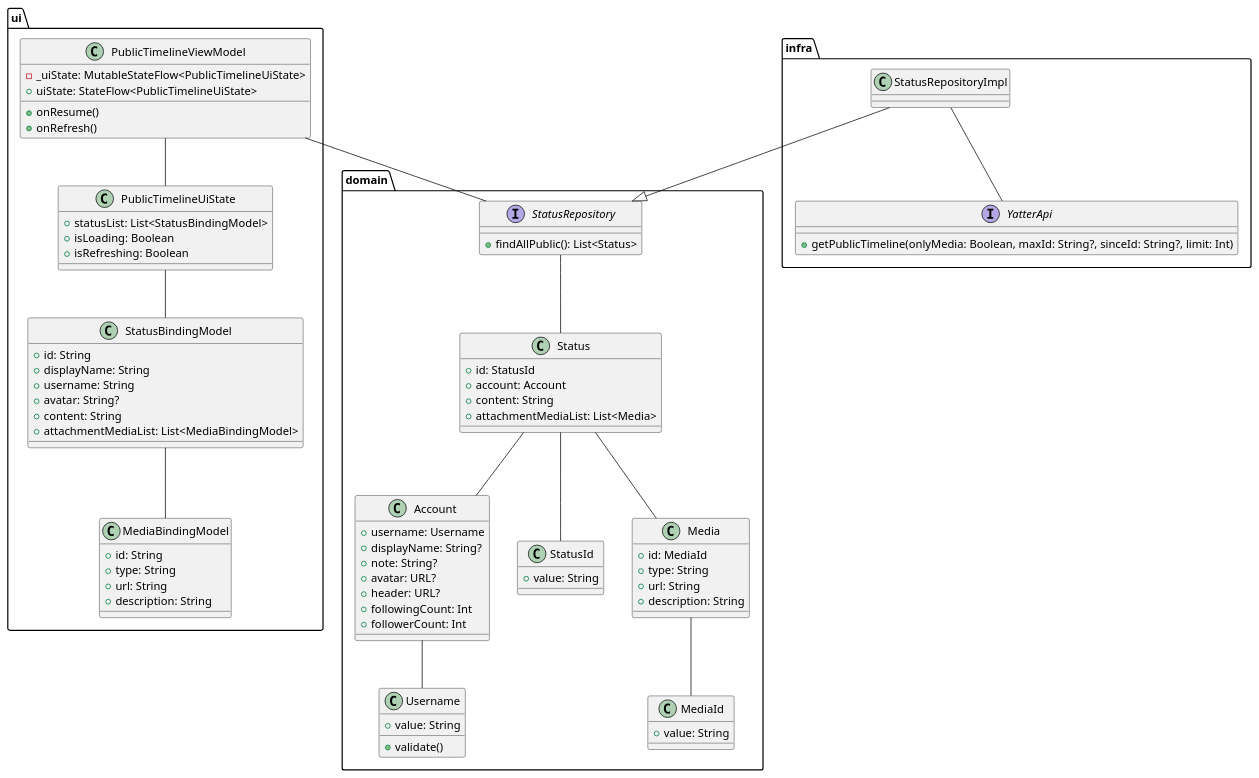
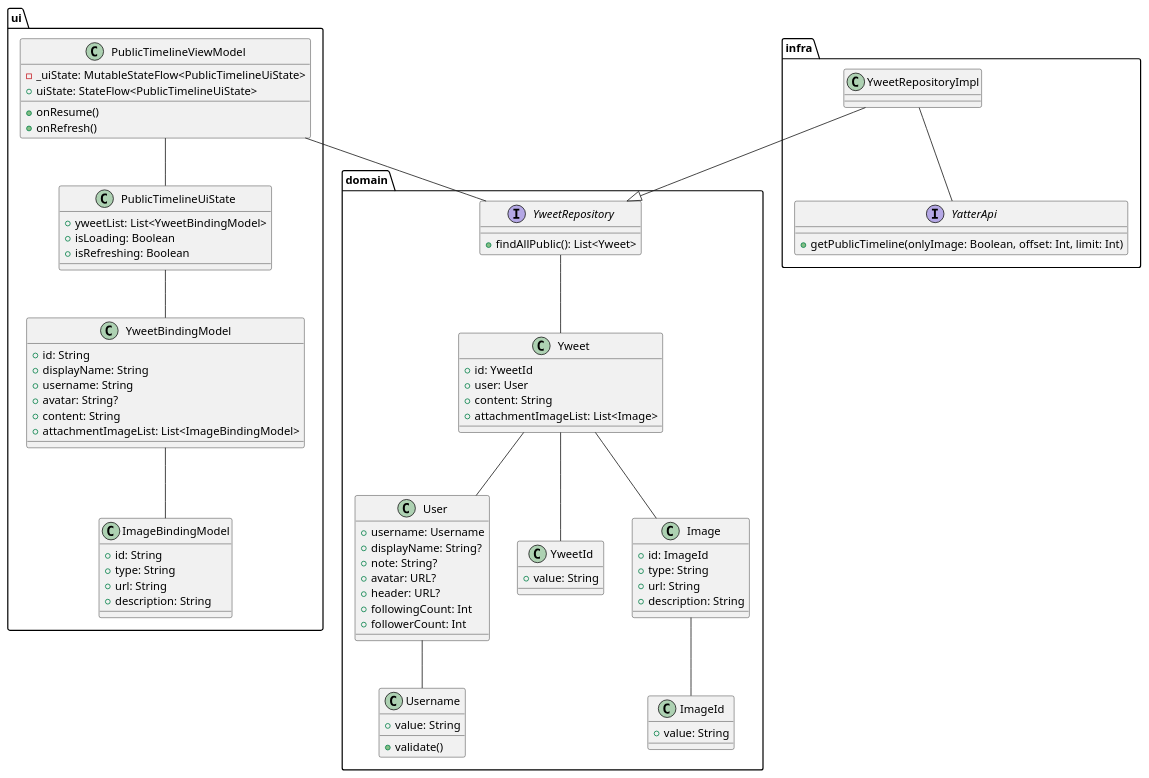
Before and after one commit to suzukibelltree/Yatter2025-Internship: the diagram in Yatter/uml/public_timeline.puml, drawn with PlantUML.

Commit message:
publicTimeLineのpuml変更

```diff
--- a/Yatter/uml/public_timeline.puml
+++ b/Yatter/uml/public_timeline.puml
@@ -1,105 +1,105 @@
 @startuml
 
 package ui {
 class PublicTimelineViewModel {
   - _uiState: MutableStateFlow<PublicTimelineUiState>
   + uiState: StateFlow<PublicTimelineUiState>
   + onResume()
   + onRefresh()
 }
 
 class PublicTimelineUiState {
-  + statusList: List<StatusBindingModel>
+  + yweetList: List<YweetBindingModel>
   + isLoading: Boolean
   + isRefreshing: Boolean
 }
 
-class StatusBindingModel {
+class YweetBindingModel {
   + id: String
   + displayName: String
   + username: String
   + avatar: String?
   + content: String
-  + attachmentMediaList: List<MediaBindingModel>
+  + attachmentImageList: List<ImageBindingModel>
 }
 
-class MediaBindingModel {
+class ImageBindingModel {
   + id: String
   + type: String
   + url: String
   + description: String
 
 }
 
 }
 
 package domain {
 
-class Account {
+class User {
   + username: Username
   + displayName: String?
   + note: String?
   + avatar: URL?
   + header: URL?
   + followingCount: Int
   + followerCount: Int
 }
 
-class Status {
-  + id: StatusId
-  + account: Account
+class Yweet {
+  + id: YweetId
+  + user: User
   + content: String
-  + attachmentMediaList: List<Media>
+  + attachmentImageList: List<Image>
 }
 
-class StatusId {
+class YweetId {
   + value: String
 }
 
-class Media {
-  + id: MediaId
+class Image {
+  + id: ImageId
   + type: String
   + url: String
   + description: String
 }
 
-class MediaId {
+class ImageId {
   + value: String
 }
 
 class Username {
   + value: String
   + validate()
 }
 
-interface StatusRepository {
-  + findAllPublic(): List<Status>
+interface YweetRepository {
+  + findAllPublic(): List<Yweet>
 }
 
 }
 
 package infra {
-class StatusRepositoryImpl {
+class YweetRepositoryImpl {
 }
 
 interface YatterApi {
-  + getPublicTimeline(onlyMedia: Boolean, maxId: String?, sinceId: String?, limit: Int)
+  + getPublicTimeline(onlyImage: Boolean, offset: Int, limit: Int)
 }
 }
 
-StatusRepositoryImpl -- YatterApi
-StatusRepositoryImpl --|> StatusRepository
+YweetRepositoryImpl -- YatterApi
+YweetRepositoryImpl --|> YweetRepository
 
-PublicTimelineViewModel -- StatusRepository
+PublicTimelineViewModel -- YweetRepository
 PublicTimelineViewModel -- PublicTimelineUiState
-PublicTimelineUiState -- StatusBindingModel
-StatusBindingModel -- MediaBindingModel
+PublicTimelineUiState -- YweetBindingModel
+YweetBindingModel -- ImageBindingModel
 
-StatusRepository -- Status
-Status -- StatusId
-Status -- Account
-Status -- Media
-Media -- MediaId
-Account -- Username
+YweetRepository -- Yweet
+Yweet -- YweetId
+Yweet -- User
+Yweet -- Image
+Image -- ImageId
+User -- Username
 
 @enduml
```
